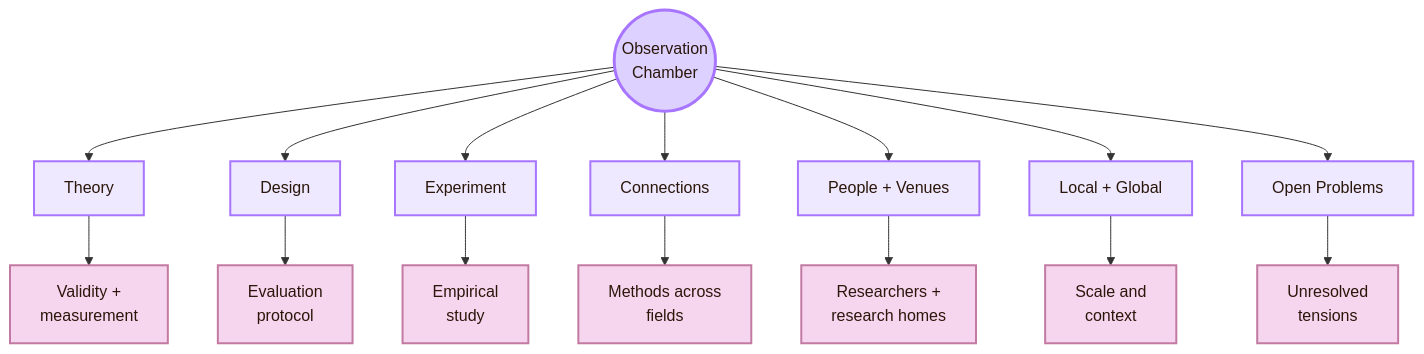
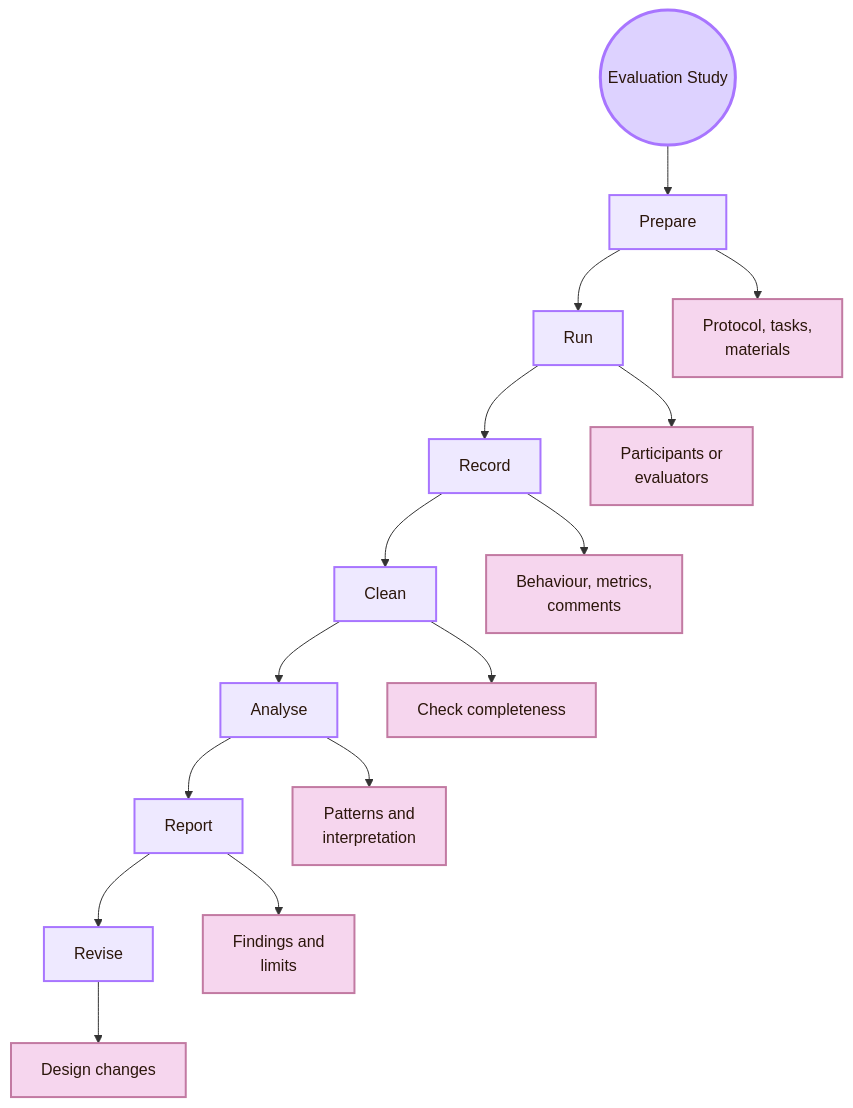
The first of 5 diagrams in 01_Core_Area_HCI/001_Subareas/03_Evaluating_the_Design/Activities/Overview_Evaluating_Design_Cognishire_polished.md (andreitegzes06-ui/CogniShire), drawn with Mermaid before and after one commit. The commit also changed other lines of this file and 131 other files, not shown here.

````diff
--- a/01_Core_Area_HCI/001_Subareas/03_Evaluating_the_Design/Activities/Overview_Evaluating_Design_Cognishire_polished.md
+++ b/01_Core_Area_HCI/001_Subareas/03_Evaluating_the_Design/Activities/Overview_Evaluating_Design_Cognishire_polished.md
@@ -52,28 +60,28 @@
 ```mermaid
 flowchart TB
-    A((Observation<br/>Chamber))
+    A((Evaluation Study))
 
-    A --> B[Theory]
-    A --> C[Design]
-    A --> D[Experiment]
-    A --> E[Connections]
-    A --> F[People + Venues]
-    A --> G[Local + Global]
-    A --> H[Open Problems]
+    A --> B[Prepare]
+    B --> C[Run]
+    C --> D[Record]
+    D --> E[Clean]
+    E --> F[Analyse]
+    F --> G[Report]
+    G --> H[Revise]
 
-    B --> B1[Validity +<br/>measurement]
-    C --> C1[Evaluation<br/>protocol]
-    D --> D1[Empirical<br/>study]
-    E --> E1[Methods across<br/>fields]
-    F --> F1[Researchers +<br/>research homes]
-    G --> G1[Scale and<br/>context]
-    H --> H1[Unresolved<br/>tensions]
+    B --> B1[Protocol, tasks,<br/>materials]
+    C --> C1[Participants or<br/>evaluators]
+    D --> D1[Behaviour, metrics,<br/>comments]
+    E --> E1[Check completeness]
+    F --> F1[Patterns and<br/>interpretation]
+    G --> G1[Findings and<br/>limits]
+    H --> H1[Design changes]
 
     classDef center fill:#ddd2ff,stroke:#a875ff,color:#2b160b,stroke-width:3px;
     classDef node fill:#eee9ff,stroke:#a875ff,color:#2b160b,stroke-width:2px;
     classDef detail fill:#f6d6ee,stroke:#c27aa2,color:#2b160b,stroke-width:2px;
 
     class A center;
     class B,C,D,E,F,G,H node;
     class B1,C1,D1,E1,F1,G1,H1 detail;
 ```
````
